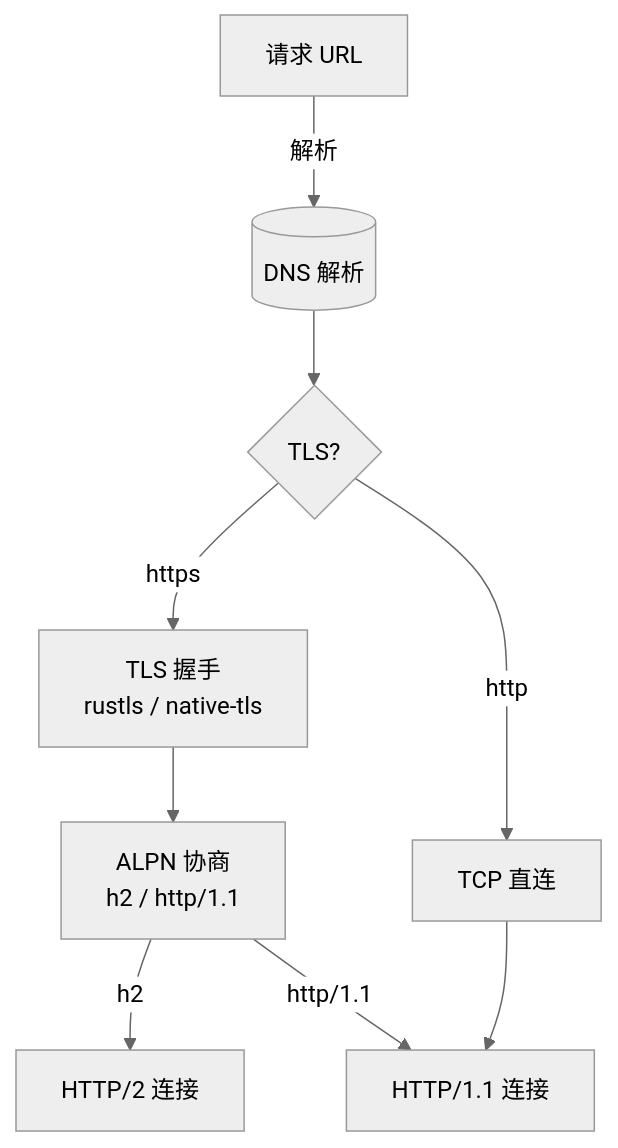
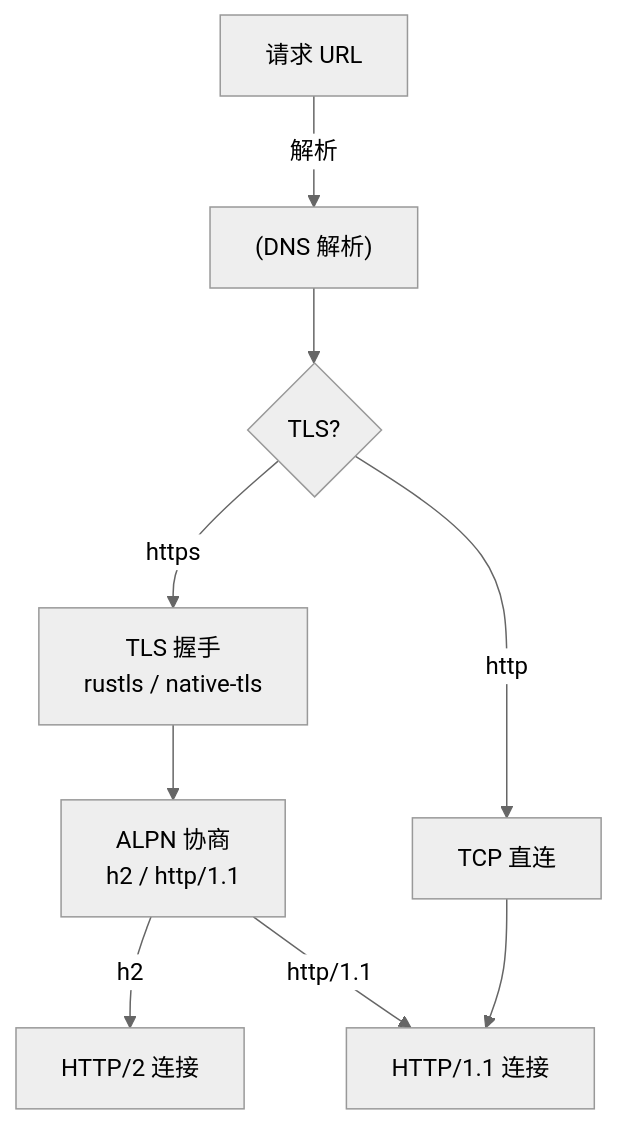
One commit to martin-ly/rust-lang changed the fourth of 4 diagrams in docs/research_notes/software_design_theory/07_crate_architectures/10_reqwest_architecture.md. Above: the diagram before and after it, drawn with Mermaid (neutral theme). The commit also changed other lines of this file and 97 other files, not shown here.

````diff
--- a/docs/research_notes/software_design_theory/07_crate_architectures/10_reqwest_architecture.md
+++ b/docs/research_notes/software_design_theory/07_crate_architectures/10_reqwest_architecture.md
@@ -333,11 +333,11 @@
 ```mermaid
 graph TB
-    A[请求 URL] -->|解析| B[(DNS 解析)]
+    A[请求 URL] -->|解析| B["(DNS 解析)"]
     B --> C{TLS?}
     C -->|https| D[TLS 握手<br/>rustls / native-tls]
     C -->|http| E[TCP 直连]
     D --> F[ALPN 协商<br/>h2 / http/1.1]
     E --> G[HTTP/1.1 连接]
     F -->|h2| H[HTTP/2 连接]
     F -->|http/1.1| G
 ```
````
